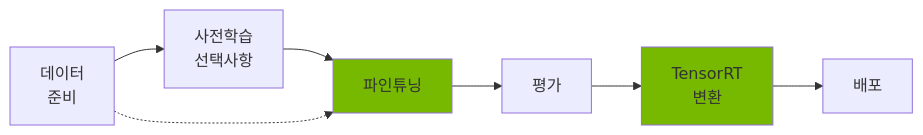
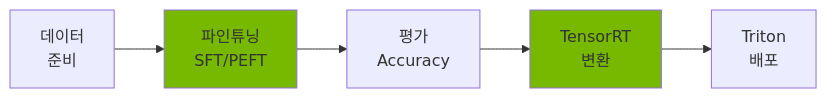
Before and after one commit to devfloor9/engineering-playbook: the first of 6 diagrams in docs/agentic-ai-platform/model-serving/nemo-framework.md, drawn with Mermaid. The commit also changed other lines of this file and 5 other files, not shown here.

````diff
--- a/docs/agentic-ai-platform/model-serving/nemo-framework.md
+++ b/docs/agentic-ai-platform/model-serving/nemo-framework.md
@@ -32,19 +36,16 @@
 ```mermaid
 flowchart LR
     Data[데이터<br/>준비]
-    Pretrain[사전학습<br/>선택사항]
-    Finetune[파인튜닝]
-    Eval[평가]
+    Finetune[파인튜닝<br/>SFT/PEFT]
+    Eval[평가<br/>Accuracy]
     Export[TensorRT<br/>변환]
-    Deploy[배포]
+    Deploy[Triton<br/>배포]
 
-    Data --> Pretrain
-    Pretrain --> Finetune
-    Data -.-> Finetune
+    Data --> Finetune
     Finetune --> Eval
     Eval --> Export
     Export --> Deploy
 
     style Finetune fill:#76b900
     style Export fill:#76b900
 ```
````
